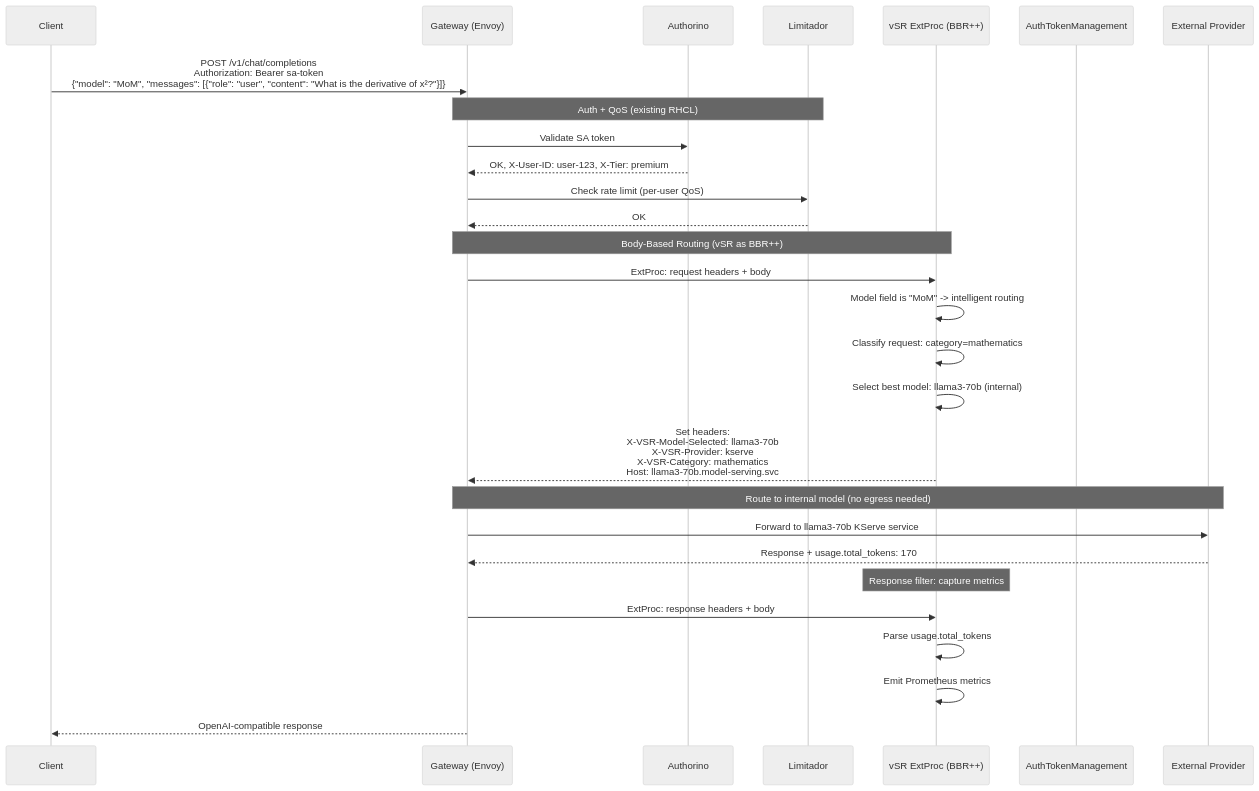
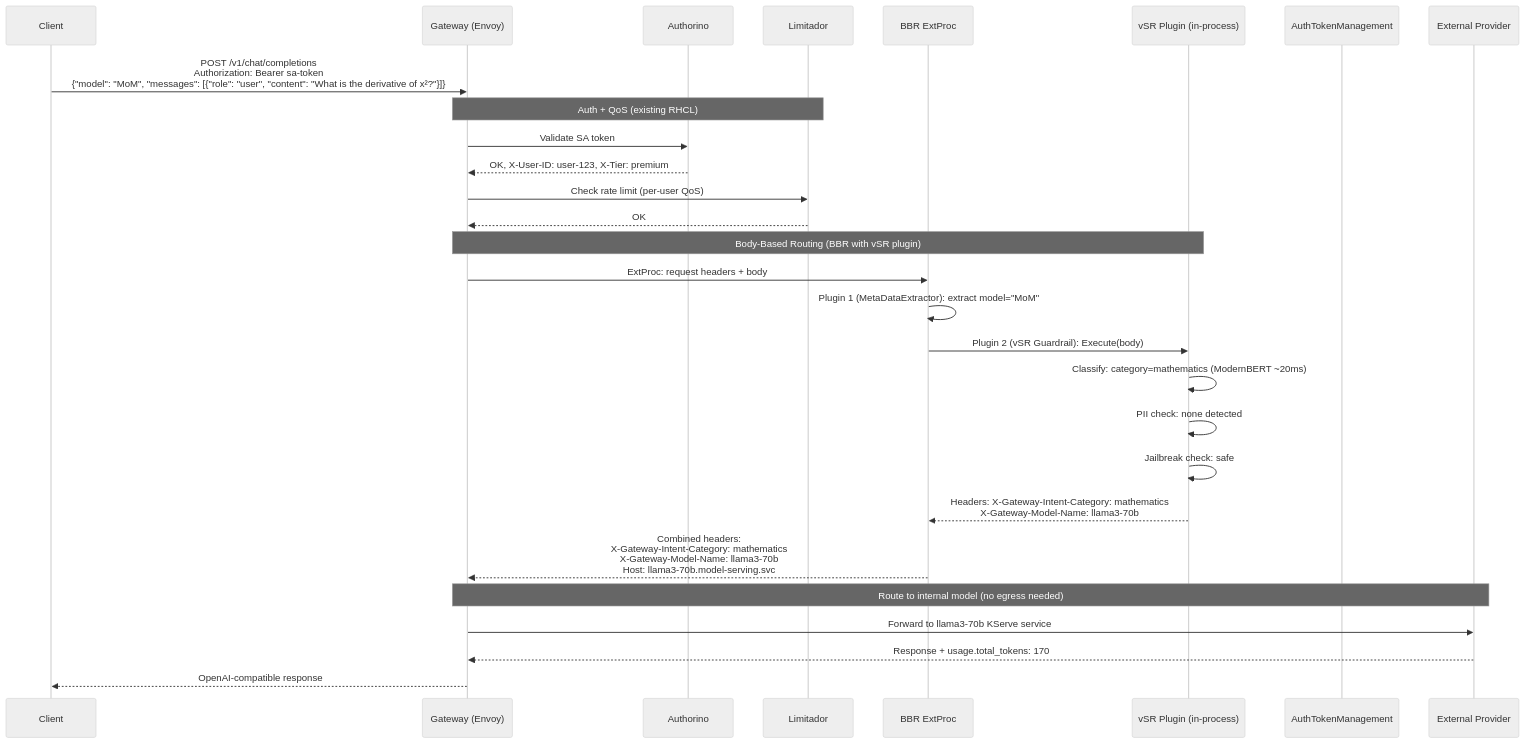
Before and after one commit to noyitz/maas-designs: the first of 2 diagrams in vsr-maas-integration/phase-1-design-v1.2.md, drawn with Mermaid (neutral theme). The commit also changed other lines of this file, not shown here.

````diff
--- a/vsr-maas-integration/phase-1-design-v1.2.md
+++ b/vsr-maas-integration/phase-1-design-v1.2.md
@@ -153,36 +177,35 @@
 ```mermaid
 sequenceDiagram
     participant Client
     participant Gateway as Gateway (Envoy)
     participant Authorino
     participant Limitador
-    participant vSR as vSR ExtProc (BBR++)
+    participant BBR as BBR ExtProc
+    participant vSRPlugin as vSR Plugin (in-process)
     participant ATM as AuthTokenManagement
     participant Provider as External Provider
 
     Client->>Gateway: POST /v1/chat/completions<br/>Authorization: Bearer sa-token<br/>{"model": "MoM", "messages": [{"role": "user", "content": "What is the derivative of x²?"}]}
 
     Note over Gateway,Limitador: Auth + QoS (existing RHCL)
     Gateway->>Authorino: Validate SA token
     Authorino-->>Gateway: OK, X-User-ID: user-123, X-Tier: premium
     Gateway->>Limitador: Check rate limit (per-user QoS)
     Limitador-->>Gateway: OK
 
-    Note over Gateway,vSR: Body-Based Routing (vSR as BBR++)
-    Gateway->>vSR: ExtProc: request headers + body
-    vSR->>vSR: Model field is "MoM" -> intelligent routing
-    vSR->>vSR: Classify request: category=mathematics
-    vSR->>vSR: Select best model: llama3-70b (internal)
-    vSR-->>Gateway: Set headers:<br/>X-VSR-Model-Selected: llama3-70b<br/>X-VSR-Provider: kserve<br/>X-VSR-Category: mathematics<br/>Host: llama3-70b.model-serving.svc
+    Note over Gateway,vSRPlugin: Body-Based Routing (BBR with vSR plugin)
+    Gateway->>BBR: ExtProc: request headers + body
+    BBR->>BBR: Plugin 1 (MetaDataExtractor): extract model="MoM"
+    BBR->>vSRPlugin: Plugin 2 (vSR Guardrail): Execute(body)
+    vSRPlugin->>vSRPlugin: Classify: category=mathematics (ModernBERT ~20ms)
+    vSRPlugin->>vSRPlugin: PII check: none detected
+    vSRPlugin->>vSRPlugin: Jailbreak check: safe
+    vSRPlugin-->>BBR: Headers: X-Gateway-Intent-Category: mathematics<br/>X-Gateway-Model-Name: llama3-70b
+    BBR-->>Gateway: Combined headers:<br/>X-Gateway-Intent-Category: mathematics<br/>X-Gateway-Model-Name: llama3-70b<br/>Host: llama3-70b.model-serving.svc
 
     Note over Gateway,Provider: Route to internal model (no egress needed)
     Gateway->>Provider: Forward to llama3-70b KServe service
     Provider-->>Gateway: Response + usage.total_tokens: 170
 
-    Note over vSR: Response filter: capture metrics
-    Gateway->>vSR: ExtProc: response headers + body
-    vSR->>vSR: Parse usage.total_tokens
-    vSR->>vSR: Emit Prometheus metrics
-
     Gateway-->>Client: OpenAI-compatible response
 ```
````
